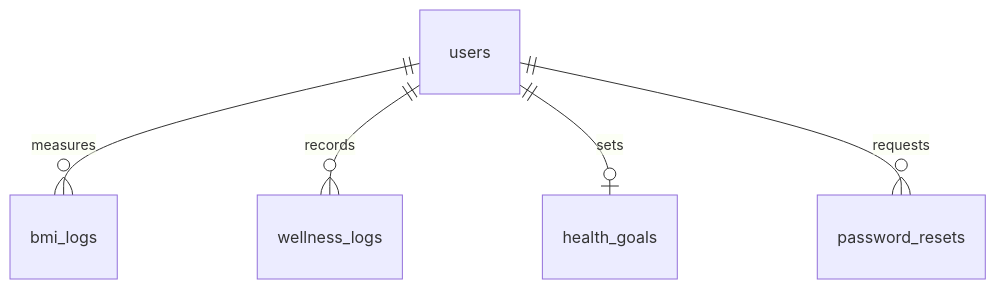
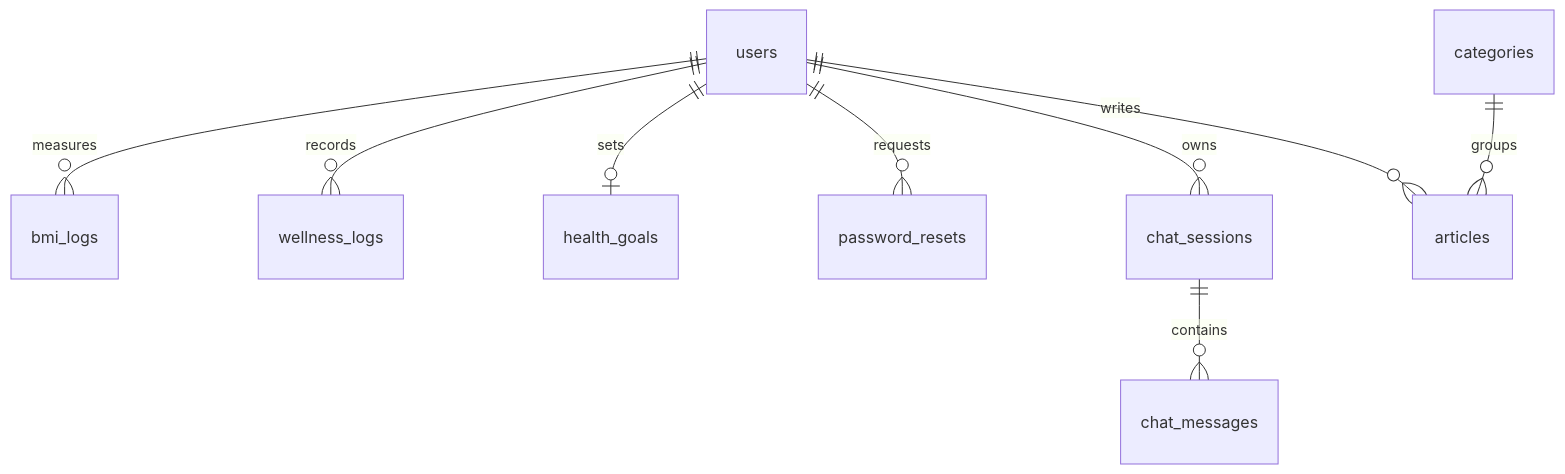
The second of 3 diagrams in website-yte-suckhoe/docs/KIEN_TRUC.md (SoraTrainCode/HealthConnect), drawn with Mermaid before and after one commit. The commit also changed other lines of this file and 8 other files, not shown here.

Commit message:
Simplify project guides and explain application architecture

````diff
--- a/website-yte-suckhoe/docs/KIEN_TRUC.md
+++ b/website-yte-suckhoe/docs/KIEN_TRUC.md
@@ -26,7 +47,11 @@
 ```mermaid
 erDiagram
     users ||--o{ bmi_logs : measures
     users ||--o{ wellness_logs : records
     users ||--o| health_goals : sets
     users ||--o{ password_resets : requests
+    users ||--o{ chat_sessions : owns
+    chat_sessions ||--o{ chat_messages : contains
+    users ||--o{ articles : writes
+    categories ||--o{ articles : groups
 ```
````
